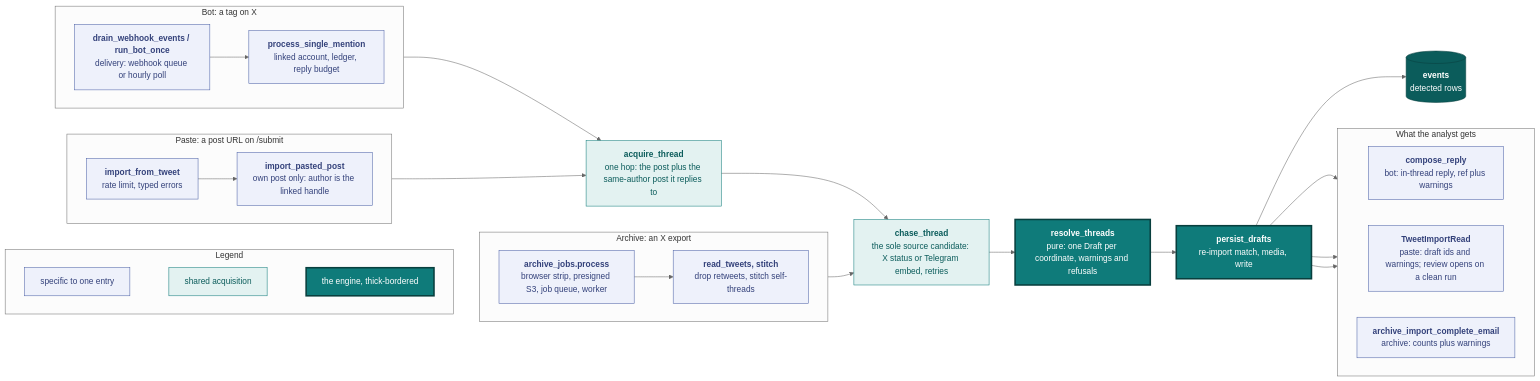
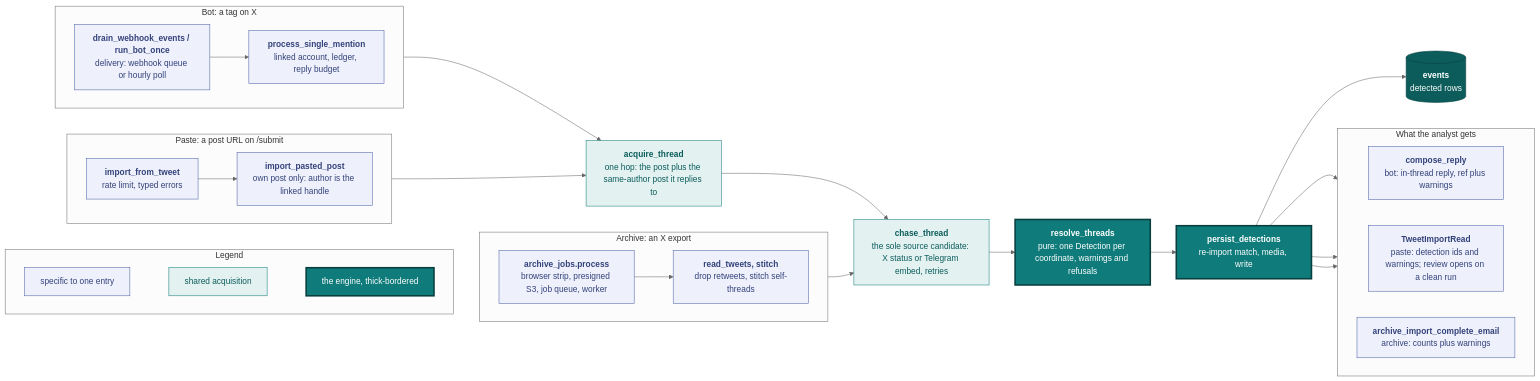
One commit to vidithq/vidit changed the first of 5 diagrams in docs/ingestion.md. Above: the diagram before and after it, drawn with Mermaid (neutral theme). The commit also changed other lines of this file and 9 other files, not shown here.

First line of the commit message:
docs: detection is the one word for a machine row; /import states the conditions in one paragraph

````diff
--- a/docs/ingestion.md
+++ b/docs/ingestion.md
@@ -5,63 +5,63 @@
 ```mermaid
 flowchart LR
   classDef spec fill:#eef1fb,stroke:#4a5fa5,color:#33417a
   classDef shared fill:#e3f2f1,stroke:#0f7b7a,color:#0b5c5b
   classDef core fill:#0f7b7a,stroke:#083f3e,stroke-width:3px,color:#ffffff
   classDef store fill:#0b5c5b,stroke:#083f3e,color:#ffffff
 
   subgraph legend [Legend]
     direction LR
     l1["`specific to one entry`"]:::spec
     l2["`shared acquisition`"]:::shared
     l3["`the engine, thick-bordered`"]:::core
     l1 ~~~ l2 ~~~ l3
   end
 
   subgraph paste [Paste: a post URL on /submit]
     direction LR
     p1["`**import_from_tweet**
     rate limit, typed errors`"]:::spec --> p2["`**import_pasted_post**
     own post only: author is the linked handle`"]:::spec
   end
   subgraph bot [Bot: a tag on X]
     direction LR
     b1["`**drain_webhook_events / run_bot_once**
     delivery: webhook queue or hourly poll`"]:::spec --> b2["`**process_single_mention**
     linked account, ledger, reply budget`"]:::spec
   end
   subgraph archive [Archive: an X export]
     direction LR
     a1["`**archive_jobs.process**
     browser strip, presigned S3, job queue, worker`"]:::spec --> a2["`**read_tweets, stitch**
     drop retweets, stitch self-threads`"]:::spec
   end
 
   hop["`**acquire_thread**
   one hop: the post plus the same-author post it replies to`"]:::shared
   chase["`**chase_thread**
   the sole source candidate: X status or Telegram embed, retries`"]:::shared
   resolve["`**resolve_threads**
-  pure: one Draft per coordinate, warnings and refusals`"]:::core
-  persist["`**persist_drafts**
+  pure: one Detection per coordinate, warnings and refusals`"]:::core
+  persist["`**persist_detections**
   re-import match, media, write`"]:::core
   rows[("`**events**
   detected rows`")]:::store
 
   subgraph feedback [What the analyst gets]
     direction LR
     f1["`**compose_reply**
     bot: in-thread reply, ref plus warnings`"]:::spec
     f2["`**TweetImportRead**
-    paste: draft ids and warnings; review opens on a clean run`"]:::spec
+    paste: detection ids and warnings; review opens on a clean run`"]:::spec
     f3["`**archive_import_complete_email**
     archive: counts plus warnings`"]:::spec
   end
 
   p2 --> hop
   b2 --> hop
   a2 --> chase
   hop --> chase --> resolve --> persist --> rows
   persist --> f1
   persist --> f2
   persist --> f3
 ```
````
